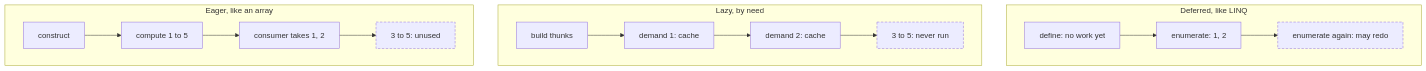
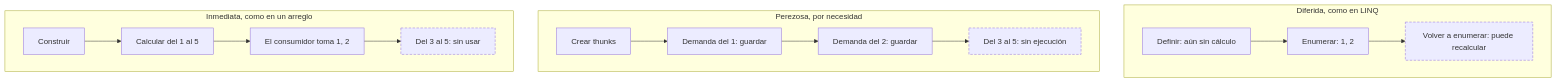
The diagram in lessons/cs-source/chapters/04-evaluation-and-demand.md (dullroar/aprende-a-programar-como-un-bicho-raro), drawn with Mermaid before and after one commit. The commit also changed other lines of this file and 26 other files, not shown here.

````diff
--- a/lessons/cs-source/chapters/04-evaluation-and-demand.md
+++ b/lessons/cs-source/chapters/04-evaluation-and-demand.md
@@ -10,16 +10,16 @@
 ```mermaid
 flowchart TB
-    accTitle: The same requested prefix can entail different work
-    accDescr: Three lanes show a consumer that asks for only the first two elements of a sequence of five. In the eager lane, all five values 1 to 5 are computed first, the consumer takes 1 and 2, and 3 to 5 were computed but unused. In the lazy by-need lane, thunks are built, 1 is demanded, evaluated and cached, 2 is demanded, evaluated and cached, and 3 to 5 are never evaluated. In the deferred pipeline lane, the pipeline is defined and no work happens, then enumerating computes and yields 1 and 2, and enumerating again may repeat the work because deferred is not automatically memoized.
-    subgraph DEFER["Deferred, like LINQ"]
-        D1["define: no work yet"] --> D2["enumerate: 1, 2"] --> D3["enumerate again: may redo"]
+    accTitle: Pedir el mismo prefijo puede implicar distinto trabajo
+    accDescr: Tres filas muestran a un consumidor que pide solo los dos primeros elementos de una secuencia de cinco. En la fila de evaluación inmediata, primero se calculan los cinco valores, del 1 al 5. El consumidor toma 1 y 2. Los valores del 3 al 5 se calcularon y quedaron sin usar. En la fila de evaluación perezosa por necesidad se crean thunks, cálculos suspendidos que se evalúan cuando se fuerzan. El consumidor pide el valor 1, que se evalúa y se guarda. Luego pide el 2, que también se evalúa y se guarda. Los valores del 3 al 5 nunca se evalúan. En la fila de la canalización diferida, al definirla no se hace ningún cálculo. Al enumerarla, se calculan y se entregan los valores 1 y 2. Enumerarla de nuevo puede repetir el trabajo porque la ejecución diferida no memoiza resultados automáticamente.
+    subgraph DEFER["Diferida, como en LINQ"]
+        D1["Definir: aún sin cálculo"] --> D2["Enumerar: 1, 2"] --> D3["Volver a enumerar: puede recalcular"]
     end
-    subgraph LAZY["Lazy, by need"]
-        L1["build thunks"] --> L2["demand 1: cache"] --> L3["demand 2: cache"] --> L4["3 to 5: never run"]
+    subgraph LAZY["Perezosa, por necesidad"]
+        L1["Crear thunks"] --> L2["Demanda del 1: guardar"] --> L3["Demanda del 2: guardar"] --> L4["Del 3 al 5: sin ejecución"]
     end
-    subgraph EAGER["Eager, like an array"]
-        E1["construct"] --> E2["compute 1 to 5"] --> E3["consumer takes 1, 2"] --> E4["3 to 5: unused"]
+    subgraph EAGER["Inmediata, como en un arreglo"]
+        E1["Construir"] --> E2["Calcular del 1 al 5"] --> E3["El consumidor toma 1, 2"] --> E4["Del 3 al 5: sin usar"]
     end
     classDef unused stroke-dasharray: 5 3
     class E4,L4,D3 unused
 ```
````
